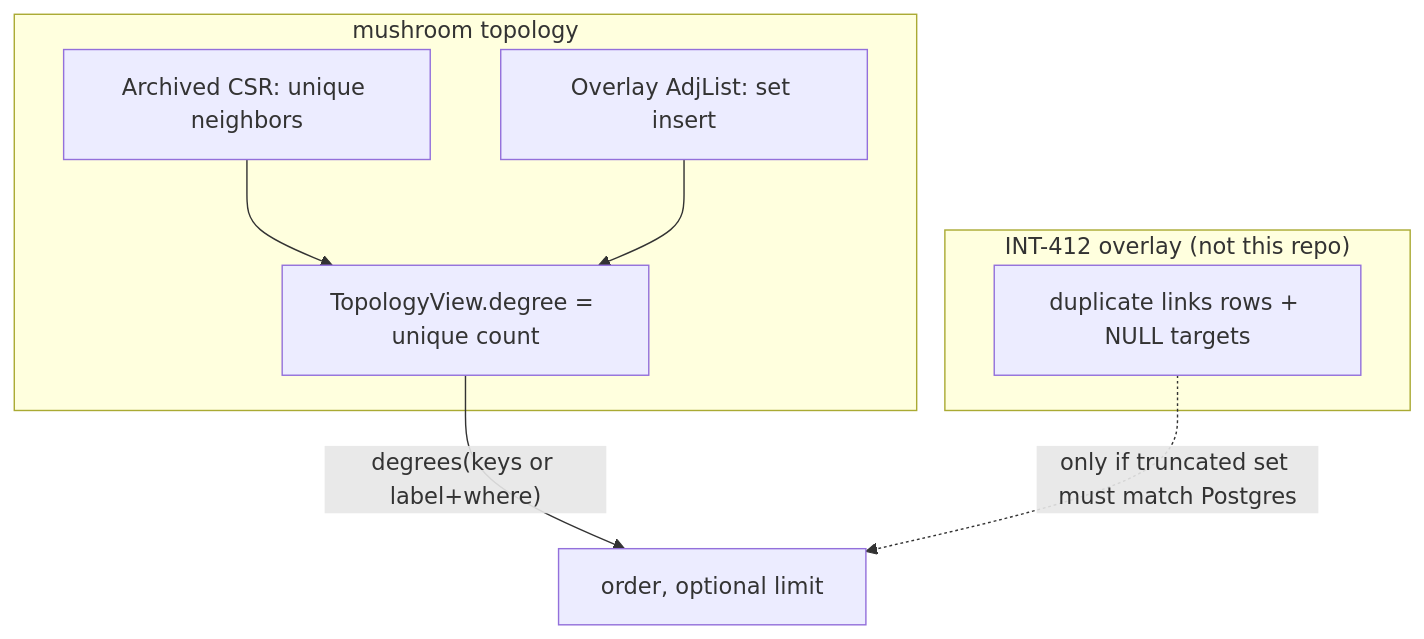
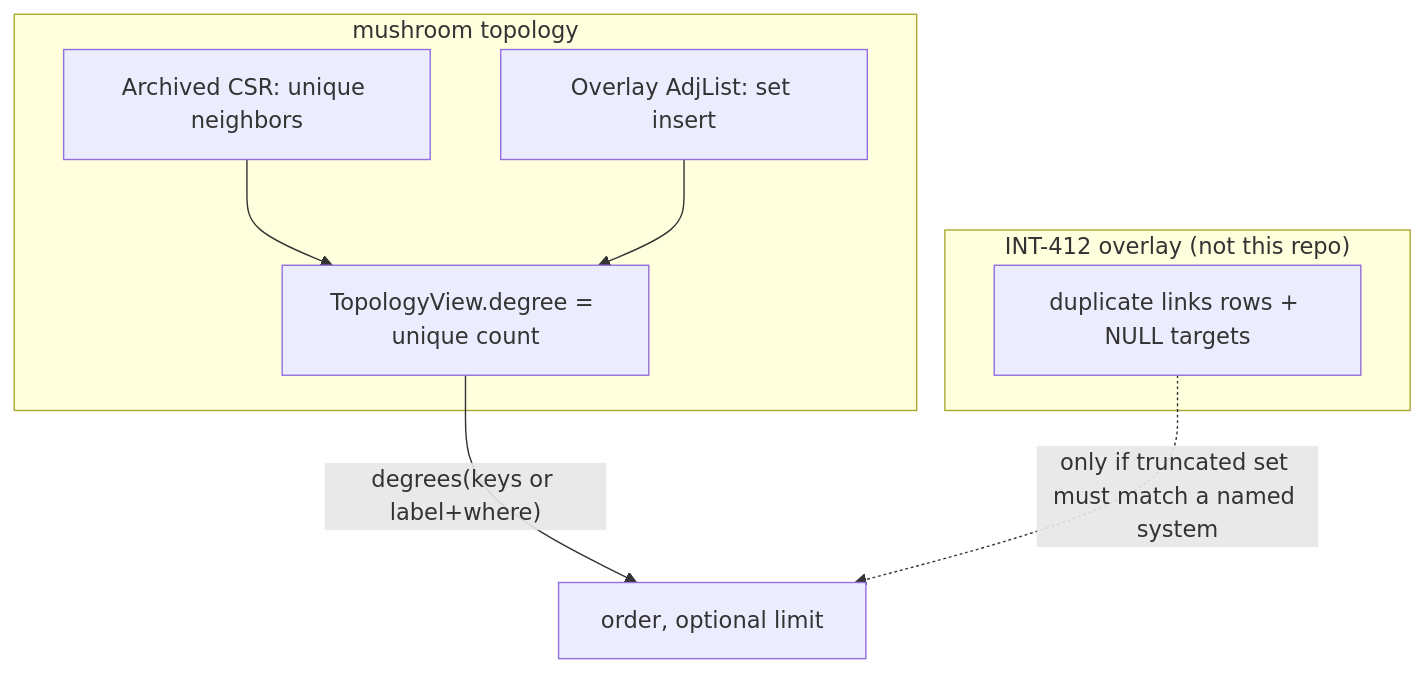
Before and after one commit to MatthewSherlin/mushroomdb: the fourth of 4 diagrams in docs/roadmap/v0.6.6-sidecar-exact-reads-spec.md, drawn with Mermaid. The commit also changed other lines of this file and 32 other files, not shown here.

````diff
--- a/docs/roadmap/v0.6.6-sidecar-exact-reads-spec.md
+++ b/docs/roadmap/v0.6.6-sidecar-exact-reads-spec.md
@@ -771,15 +771,15 @@
 ```mermaid
 flowchart TB
   subgraph engine ["mushroom topology"]
     CSR["Archived CSR: unique neighbors"]
     OV["Overlay AdjList: set insert"]
     DEG["TopologyView.degree = unique count"]
     CSR --> DEG
     OV --> DEG
   end
   subgraph sidecar ["INT-412 overlay (not this repo)"]
     MUL["duplicate links rows + NULL targets"]
   end
   DEG -->|"degrees(keys or label+where)"| CAP["order, optional limit"]
-  MUL -.->|"only if truncated set must match Postgres"| CAP
+  MUL -.->|"only if truncated set must match a named system"| CAP
 ```
````
